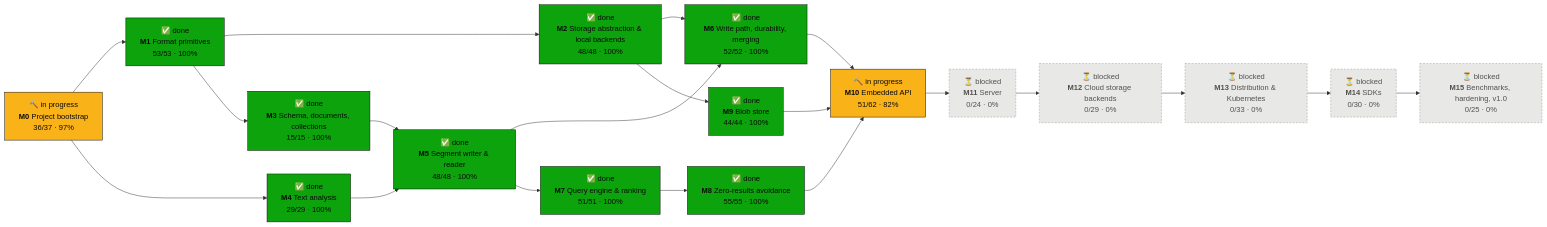
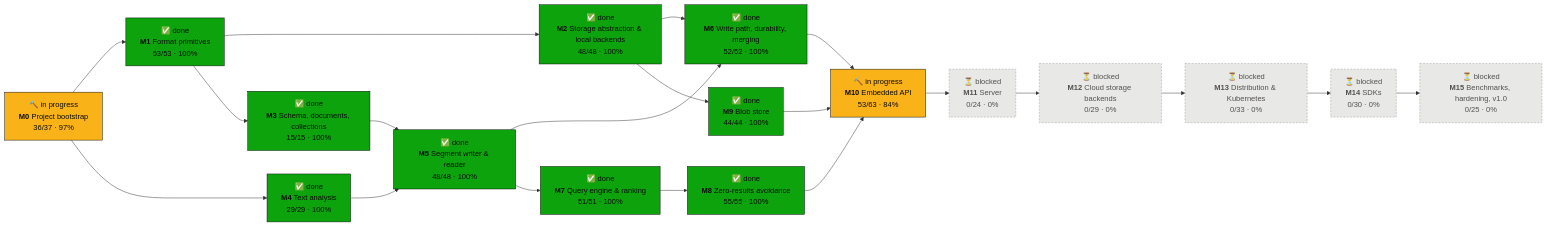
One commit to tomiok/persiaDB changed the first of 2 diagrams in PROGRESS.md. Above: the diagram before and after it, drawn with Mermaid. The commit also changed other lines of this file and 47 other files, not shown here.

First line of the commit message:
Search timeout on SearchRequest; every query hit adds the static rank (ROADMAP 10.1.44, 10.1.45) (#143)

````diff
--- a/PROGRESS.md
+++ b/PROGRESS.md
@@ -16,42 +16,42 @@
 ```mermaid
 flowchart LR
   M0["🔨 in progress<br/><b>M0</b> Project bootstrap<br/>36/37 · 97%"]:::doing
   M1["✅ done<br/><b>M1</b> Format primitives<br/>53/53 · 100%"]:::done
   M2["✅ done<br/><b>M2</b> Storage abstraction & local backends<br/>48/48 · 100%"]:::done
   M3["✅ done<br/><b>M3</b> Schema, documents, collections<br/>15/15 · 100%"]:::done
   M4["✅ done<br/><b>M4</b> Text analysis<br/>29/29 · 100%"]:::done
   M5["✅ done<br/><b>M5</b> Segment writer & reader<br/>48/48 · 100%"]:::done
   M6["✅ done<br/><b>M6</b> Write path, durability, merging<br/>52/52 · 100%"]:::done
   M7["✅ done<br/><b>M7</b> Query engine & ranking<br/>51/51 · 100%"]:::done
   M8["✅ done<br/><b>M8</b> Zero-results avoidance<br/>55/55 · 100%"]:::done
   M9["✅ done<br/><b>M9</b> Blob store<br/>44/44 · 100%"]:::done
-  M10["🔨 in progress<br/><b>M10</b> Embedded API<br/>51/62 · 82%"]:::doing
+  M10["🔨 in progress<br/><b>M10</b> Embedded API<br/>53/63 · 84%"]:::doing
   M11["⏳ blocked<br/><b>M11</b> Server<br/>0/24 · 0%"]:::blocked
   M12["⏳ blocked<br/><b>M12</b> Cloud storage backends<br/>0/29 · 0%"]:::blocked
   M13["⏳ blocked<br/><b>M13</b> Distribution & Kubernetes<br/>0/33 · 0%"]:::blocked
   M14["⏳ blocked<br/><b>M14</b> SDKs<br/>0/30 · 0%"]:::blocked
   M15["⏳ blocked<br/><b>M15</b> Benchmarks, hardening, v1.0<br/>0/25 · 0%"]:::blocked
   M0 --> M1
   M1 --> M2
   M1 --> M3
   M0 --> M4
   M3 --> M5
   M4 --> M5
   M2 --> M6
   M5 --> M6
   M5 --> M7
   M7 --> M8
   M2 --> M9
   M6 --> M10
   M8 --> M10
   M9 --> M10
   M10 --> M11
   M11 --> M12
   M12 --> M13
   M13 --> M14
   M14 --> M15
   classDef done fill:#0ca30c,stroke:#0b0b0b,color:#0b0b0b
   classDef doing fill:#fab219,stroke:#0b0b0b,color:#0b0b0b
   classDef ready fill:#fcfcfb,stroke:#0b0b0b,stroke-width:2px,color:#0b0b0b
   classDef blocked fill:#e8e8e6,stroke:#9a9a96,stroke-dasharray:4 3,color:#52514e
 ```
````
